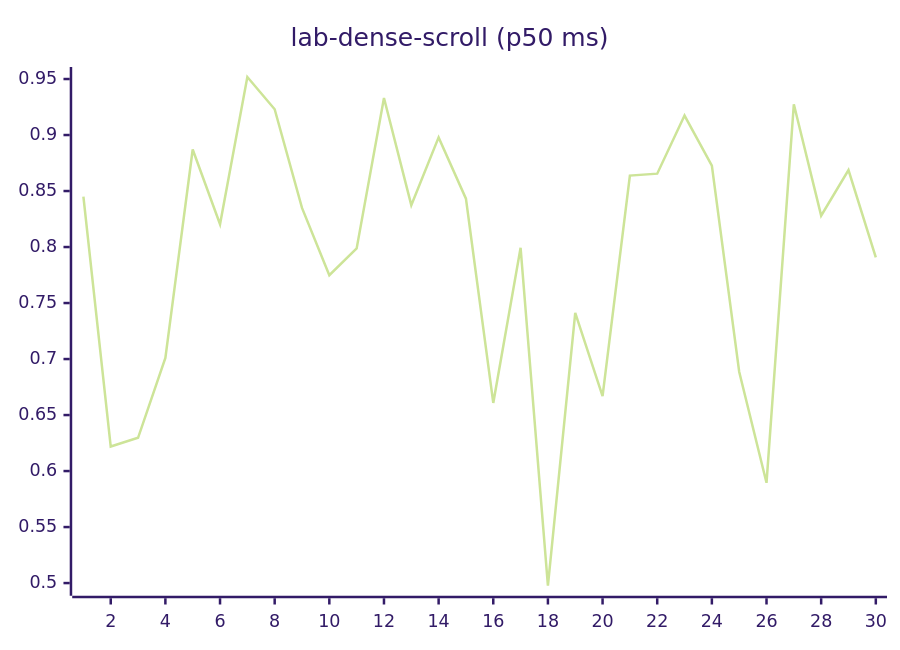
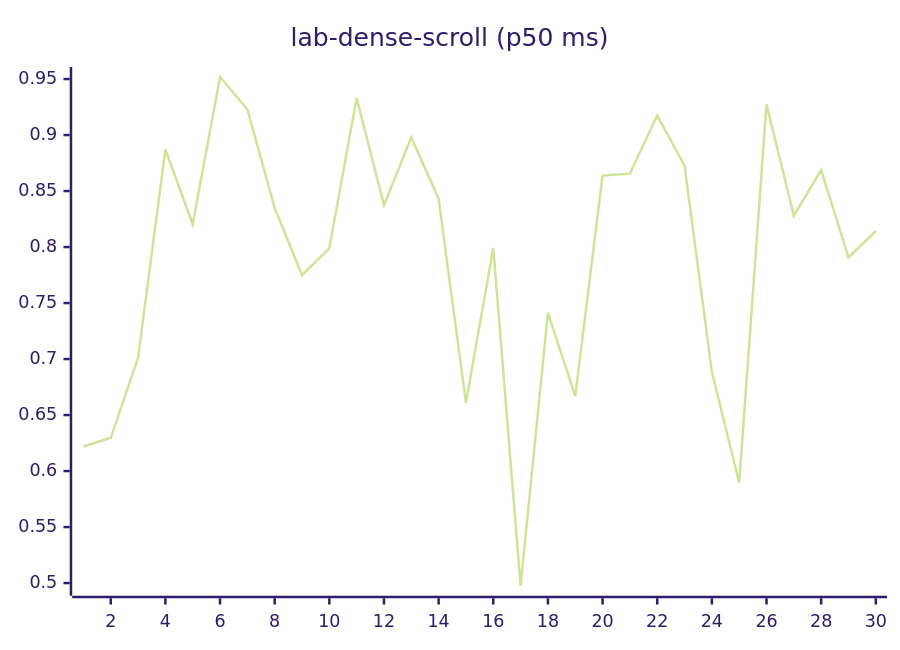
Before and after one commit to josha/Facet: diagram 12 of 27 in README.md, drawn with Mermaid (forest theme). The commit also changed other lines of this file and 2 other files, not shown here.

````diff
--- a/README.md
+++ b/README.md
@@ -140,6 +140,6 @@
 ```mermaid
 xychart-beta
     title "lab-dense-scroll (p50 ms)"
     x-axis 1 --> 30
-    line [0.8450, 0.6219, 0.6297, 0.7010, 0.8871, 0.8203, 0.9518, 0.9230, 0.8349, 0.7748, 0.7987, 0.9331, 0.8374, 0.8979, 0.8432, 0.6608, 0.7993, 0.4976, 0.7412, 0.6669, 0.8638, 0.8655, 0.9174, 0.8727, 0.6887, 0.5895, 0.9275, 0.8280, 0.8687, 0.7908]
+    line [0.6219, 0.6297, 0.7010, 0.8871, 0.8203, 0.9518, 0.9230, 0.8349, 0.7748, 0.7987, 0.9331, 0.8374, 0.8979, 0.8432, 0.6608, 0.7993, 0.4976, 0.7412, 0.6669, 0.8638, 0.8655, 0.9174, 0.8727, 0.6887, 0.5895, 0.9275, 0.8280, 0.8687, 0.7908, 0.8143]
 ```
````
